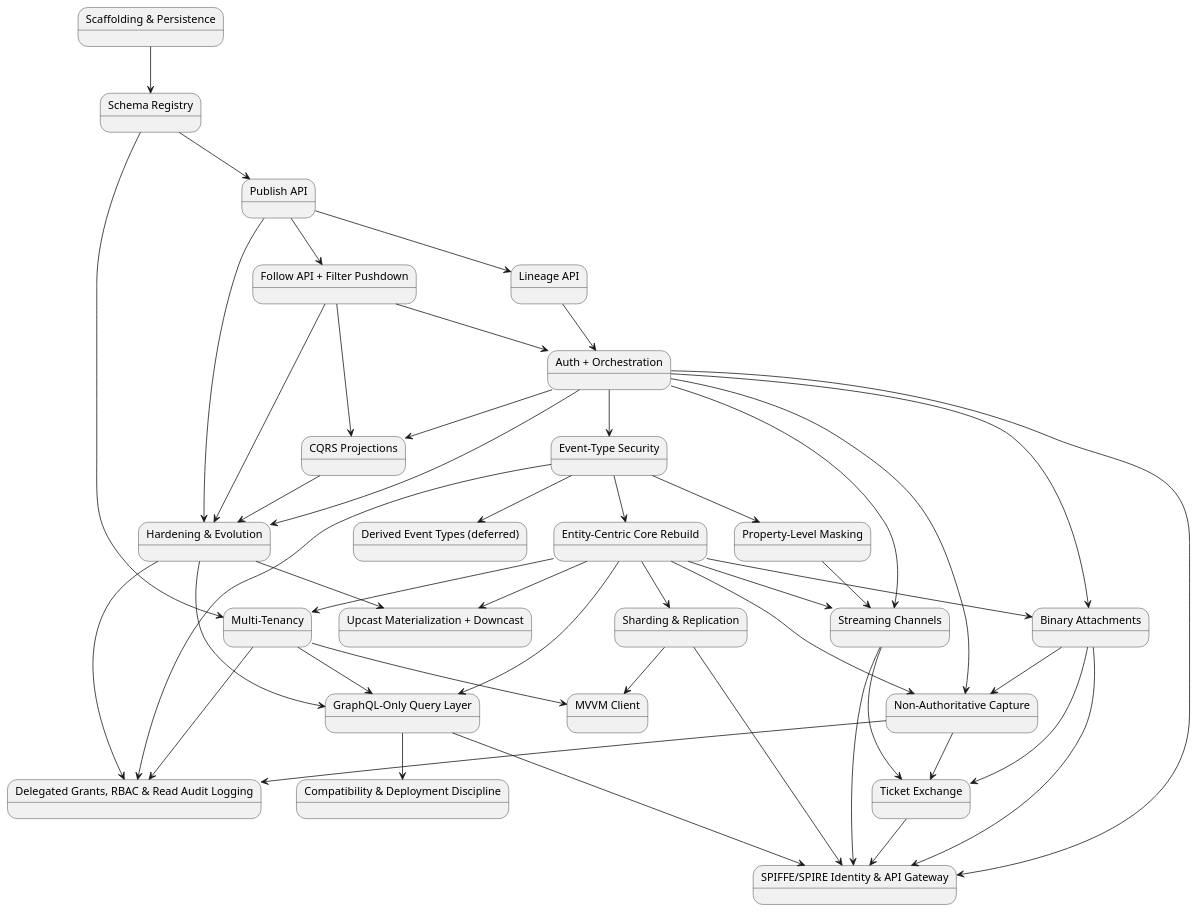
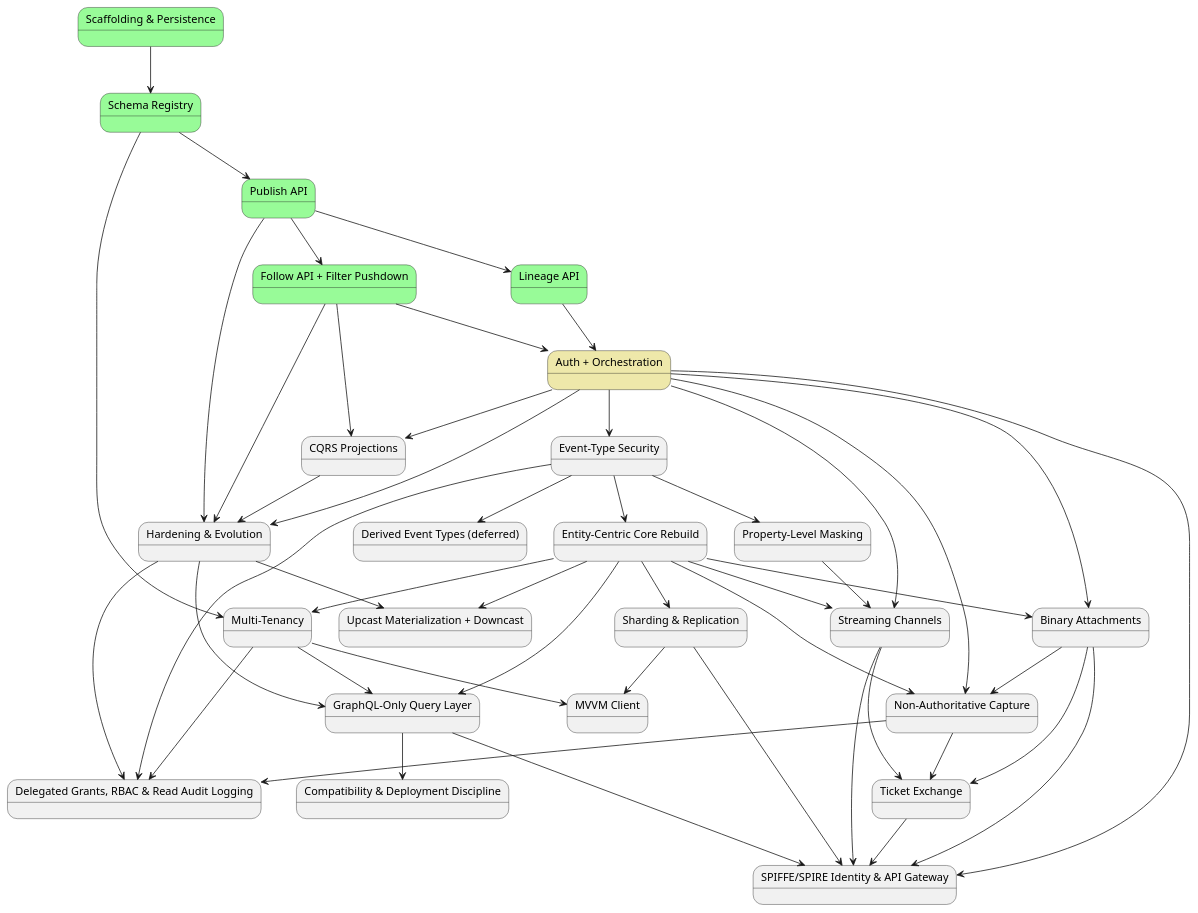
Before and after one commit to Mwwhited-BookLearning/EventSourcing: the first of 2 diagrams in docs/08-build-plan.md, drawn with PlantUML. The commit also changed other lines of this file and 43 other files, not shown here.

````diff
--- a/docs/08-build-plan.md
+++ b/docs/08-build-plan.md
@@ -150,77 +156,77 @@
 ```plantuml
 @startuml BuildPlan_CorePhases
-state "Scaffolding & Persistence" as p0
-state "Schema Registry" as p1
-state "Publish API" as p2
-state "Lineage API" as p3
-state "Follow API + Filter Pushdown" as p4
-state "Auth + Orchestration" as p5
+state "Scaffolding & Persistence" as p0 #palegreen
+state "Schema Registry" as p1 #palegreen
+state "Publish API" as p2 #palegreen
+state "Lineage API" as p3 #palegreen
+state "Follow API + Filter Pushdown" as p4 #palegreen
+state "Auth + Orchestration" as p5 #palegoldenrod
 state "Event-Type Security" as p6
 state "Derived Event Types (deferred)" as p7
 state "Property-Level Masking" as p8
 state "CQRS Projections" as p9
 state "Hardening & Evolution" as p10
 state "Entity-Centric Core Rebuild" as p11
 state "Multi-Tenancy" as p12
 state "Upcast Materialization + Downcast" as p13
 state "Streaming Channels" as p14
 state "Binary Attachments" as p15
 state "Sharding & Replication" as p16
 state "Non-Authoritative Capture" as p17
 state "GraphQL-Only Query Layer" as p18
 state "Compatibility & Deployment Discipline" as p19
 state "MVVM Client" as p20
 state "Ticket Exchange" as p21
 state "Delegated Grants, RBAC & Read Audit Logging" as p22
 state "SPIFFE/SPIRE Identity & API Gateway" as p23
 
 p0 --> p1
 p1 --> p2
 p2 --> p3
 p2 --> p4
 p3 --> p5
 p4 --> p5
 p5 --> p6
 p6 --> p7
 p6 --> p8
 p4 --> p9
 p5 --> p9
 p5 --> p10
 p2 --> p10
 p4 --> p10
 p9 --> p10
 p6 --> p11
 p1 --> p12
 p11 --> p12
 p10 --> p13
 p11 --> p13
 p5 --> p14
 p11 --> p14
 p8 --> p14
 p5 --> p15
 p11 --> p15
 p11 --> p16
 p11 --> p17
 p5 --> p17
 p15 --> p17
 p11 --> p18
 p12 --> p18
 p10 --> p18
 p18 --> p19
 p12 --> p20
 p16 --> p20
 p14 --> p21
 p15 --> p21
 p17 --> p21
 p17 --> p22
 p6 --> p22
 p12 --> p22
 p10 --> p22
 p5 --> p23
 p16 --> p23
 p14 --> p23
 p15 --> p23
 p18 --> p23
 p21 --> p23
 @enduml
 ```
````
